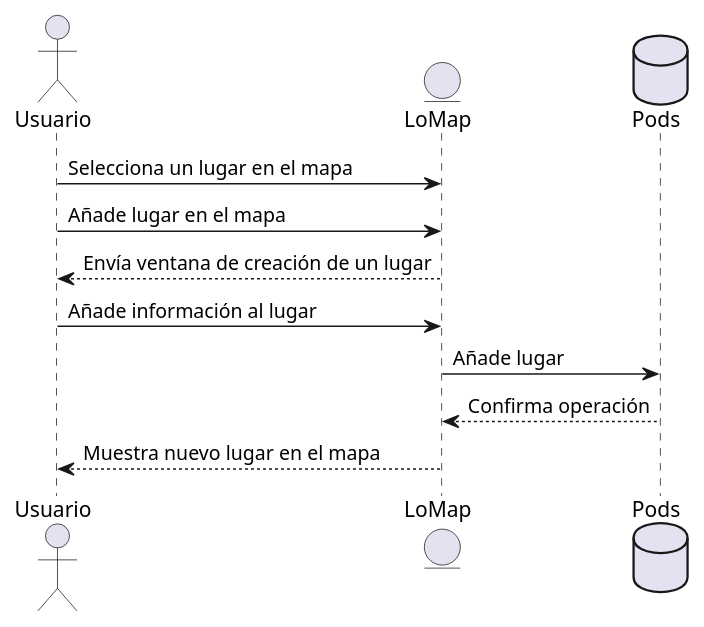
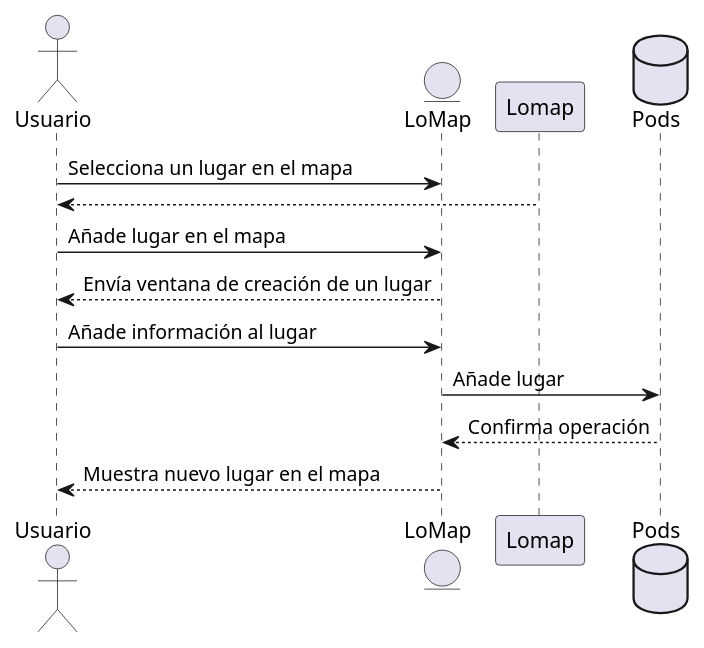
One commit to Arquisoft/lomap_es3c changed the second of 16 diagrams in docs/06_runtime_view.adoc. Above: the diagram before and after it, drawn with PlantUML. The commit also changed other lines of this file, not shown here.

```diff
--- a/docs/06_runtime_view.adoc
+++ b/docs/06_runtime_view.adoc
@@ -71,13 +56,14 @@
 [plantuml,"Sequence diagram03",png]
 ----
 actor Usuario
 entity LoMap
 Usuario -> LoMap: Selecciona un lugar en el mapa
+Lomap --> Usuario: 
 Usuario -> LoMap: Añade lugar en el mapa
 database Pod as "Pods"
 LoMap--> Usuario: Envía ventana de creación de un lugar
 Usuario-> LoMap: Añade información al lugar
 LoMap-> Pod: Añade lugar
 Pod--> LoMap: Confirma operación
 LoMap--> Usuario: Muestra nuevo lugar en el mapa
 ----
```
